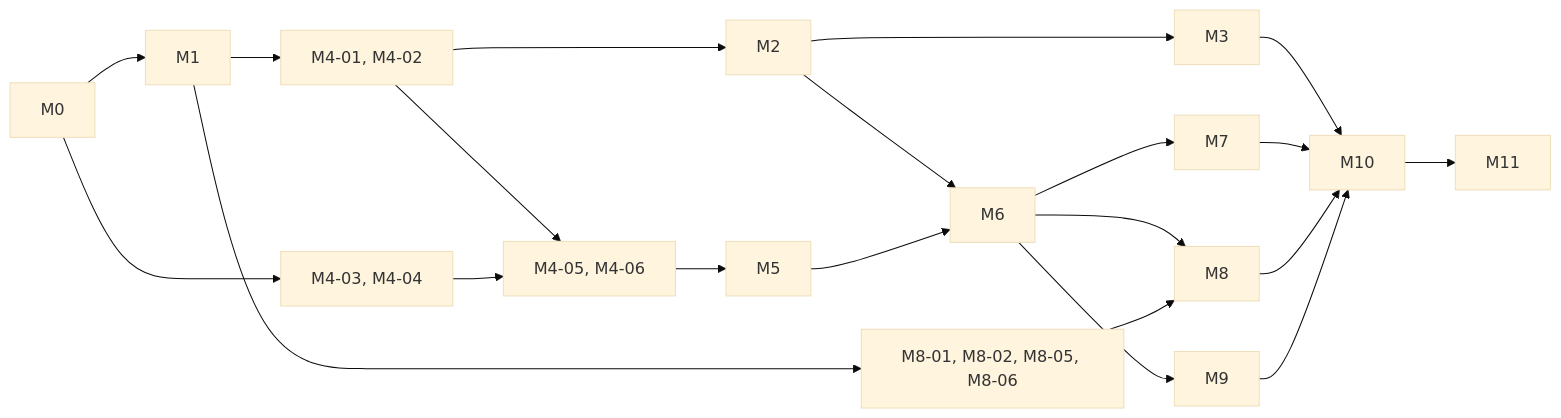
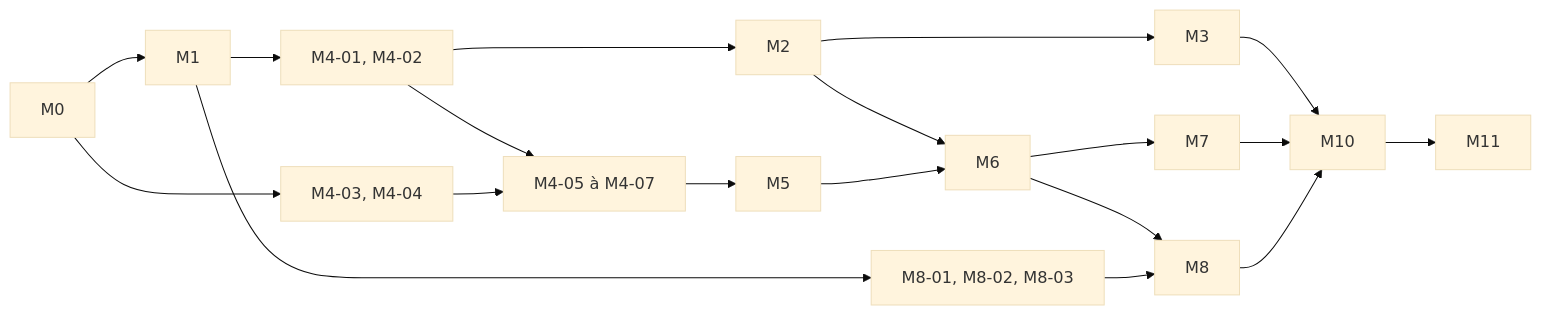
One commit to nathan33670-spec/Seekmind changed the diagram in docs/plan/README.md. Above: the diagram before and after it, drawn with Mermaid (base theme). The commit also changed other lines of this file and 12 other files, not shown here.

````diff
--- a/docs/plan/README.md
+++ b/docs/plan/README.md
@@ -58,23 +87,21 @@
 ```mermaid
 flowchart LR
   M0 --> M1
   M1 --> M4a["M4-01, M4-02"]
   M4a --> M2
   M2 --> M3
   M0 --> M4b["M4-03, M4-04"]
-  M4a --> M4c["M4-05, M4-06"]
+  M4a --> M4c["M4-05 à M4-07"]
   M4b --> M4c
   M4c --> M5
   M2 --> M6
   M5 --> M6
   M6 --> M7
-  M1 --> M8a["M8-01, M8-02, M8-05, M8-06"]
+  M1 --> M8a["M8-01, M8-02, M8-03"]
   M6 --> M8
   M8a --> M8
-  M6 --> M9
   M3 --> M10
   M7 --> M10
   M8 --> M10
-  M9 --> M10
   M10 --> M11
 ```
````
